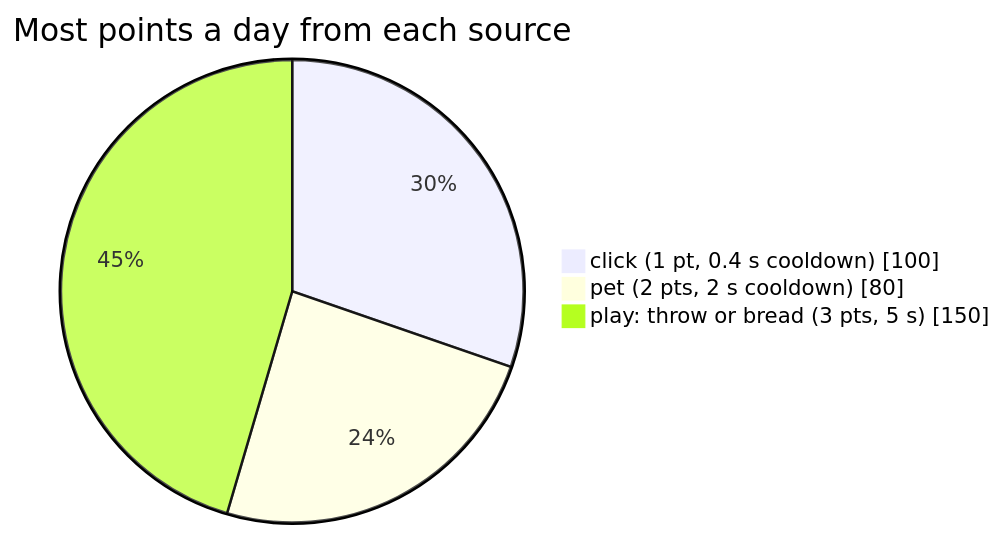
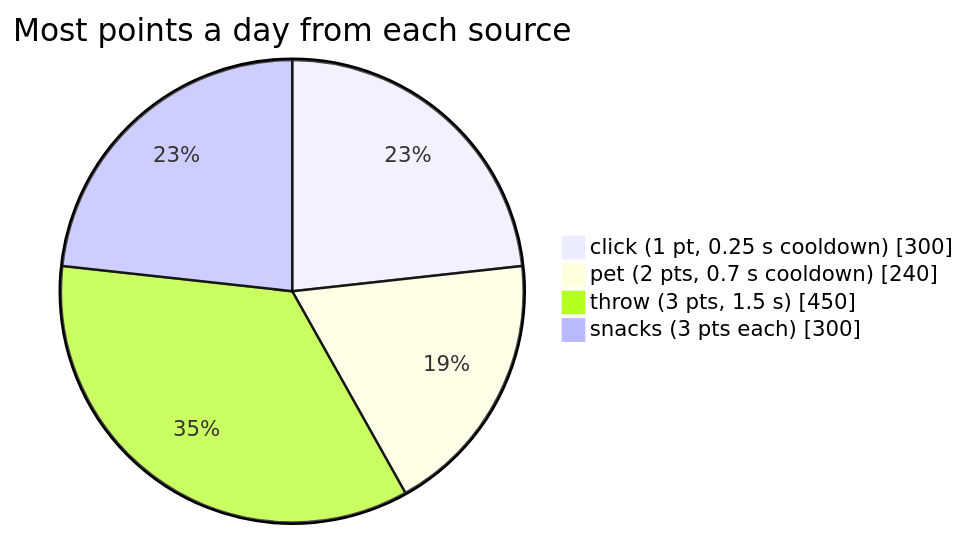
The first of 3 diagrams in README.md (Double-bited-Hamburger/DesktopBuddy), drawn with Mermaid before and after one commit. The commit also changed other lines of this file and 52 other files, not shown here.

````diff
--- a/README.md
+++ b/README.md
@@ -55,6 +56,7 @@
 ```mermaid
 pie showData title Most points a day from each source
-    "click (1 pt, 0.4 s cooldown)" : 100
-    "pet (2 pts, 2 s cooldown)" : 80
-    "play: throw or bread (3 pts, 5 s)" : 150
+    "click (1 pt, 0.25 s cooldown)" : 300
+    "pet (2 pts, 0.7 s cooldown)" : 240
+    "throw (3 pts, 1.5 s)" : 450
+    "snacks (3 pts each)" : 300
 ```
````
